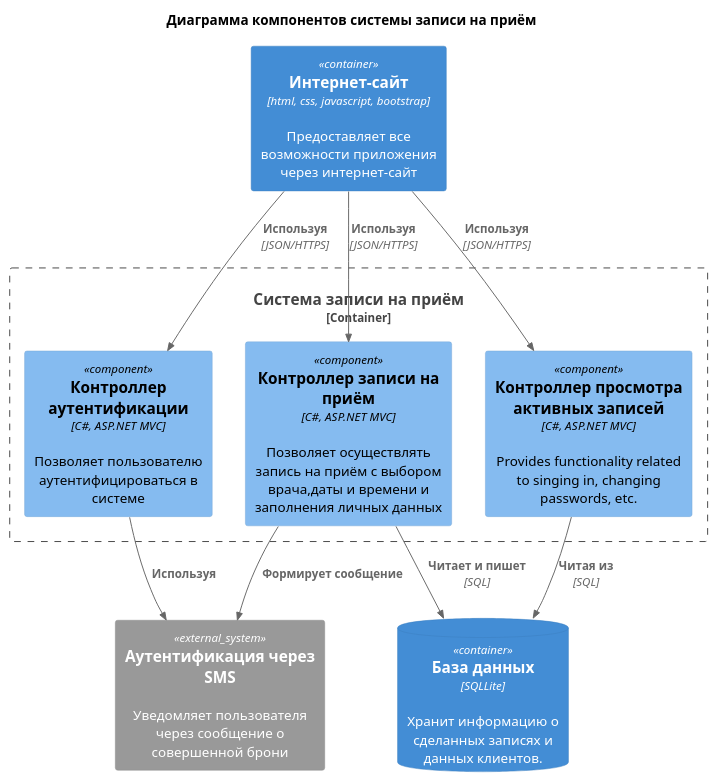
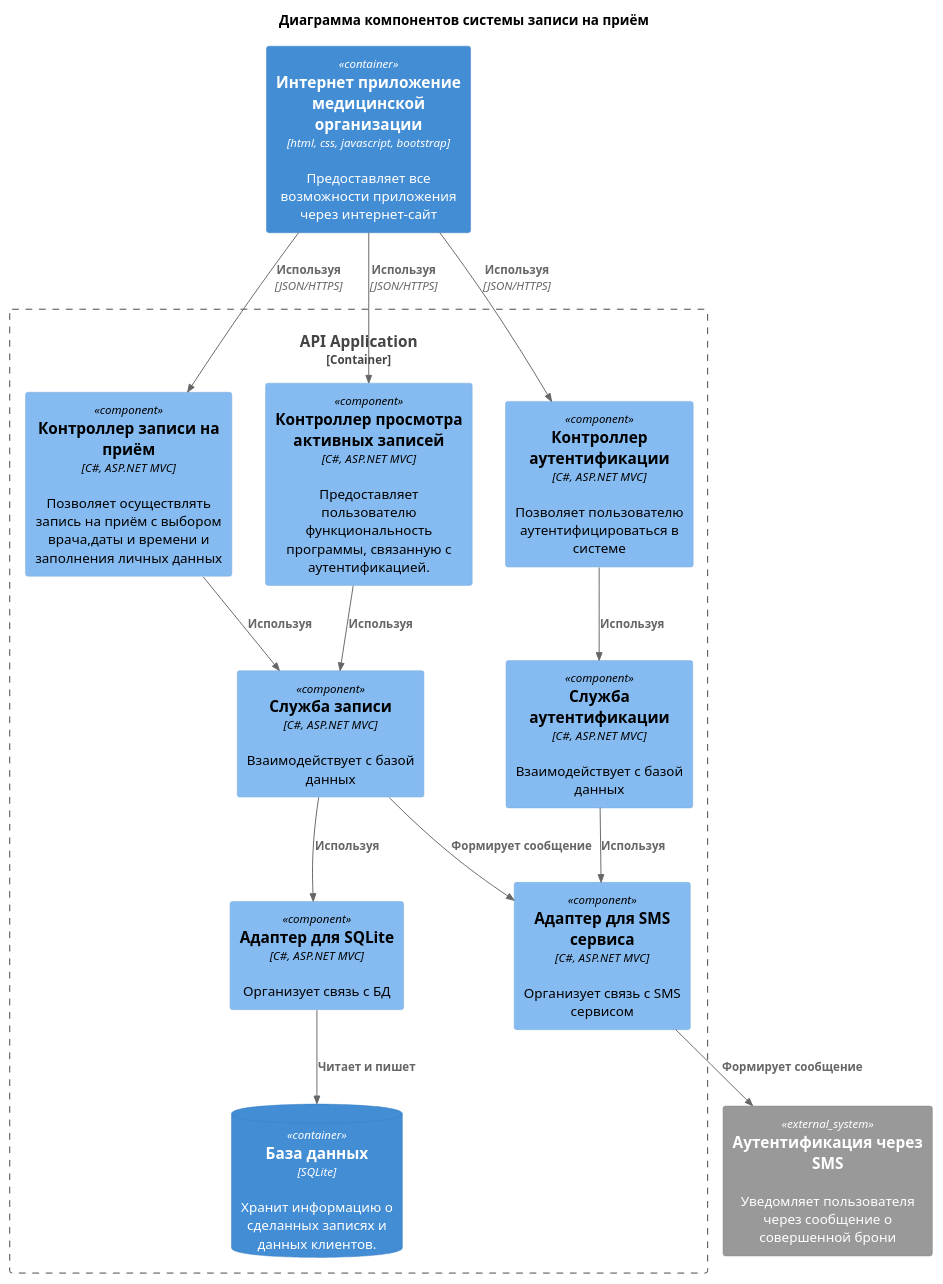
One commit to Vovkarik/CardioDom changed the diagram in docs/UML/ComponentDiagram.puml. Above: the diagram before and after it, drawn with PlantUML. The commit also changed 6 other files, not shown here.

```diff
--- a/docs/UML/ComponentDiagram.puml
+++ b/docs/UML/ComponentDiagram.puml
@@ -1,27 +1,35 @@
 @startuml
 !includeurl https://raw.githubusercontent.com/RicardoNiepel/C4-PlantUML/master/C4_Component.puml
 ' uncomment the following line and comment the first to use locally
 ' !include C4_Component.puml
 
 
 title Диаграмма компонентов системы записи на приём
 
-Container(site, "Интернет-сайт ", "html, css, javascript, bootstrap", "Предоставляет все возможности приложения через интернет-сайт")
-ContainerDb(db, "База данных", "SQLLite", "Хранит информацию о сделанных записях и данных клиентов.")
+Container(site, "Интернет приложение медицинской организации", "html, css, javascript, bootstrap", "Предоставляет все возможности приложения через интернет-сайт")
 System_Ext(SMS, "Аутентификация через SMS", "Уведомляет пользователя через сообщение о совершенной брони")
 
-Container_Boundary(appointment_sys, "Система записи на приём") {
+Container_Boundary(appointment_sys, "API Application") {
     Component(sign, "Контроллер аутентификации", "С#, ASP.NET MVC", "Позволяет пользователю аутентифицироваться в системе")
     Component(appointment, "Контроллер записи на приём", "С#, ASP.NET MVC", "Позволяет осуществлять запись на приём с выбором врача,даты и времени и заполнения личных данных")
-    Component(CRM, "Контроллер просмотра активных записей ", "С#, ASP.NET MVC", "Provides functionality related to singing in, changing passwords, etc.")
-    Rel(sign, SMS, "Используя")
-    Rel(appointment, db, "Читает и пишет", "SQL")
-    Rel(appointment, SMS, "Формирует сообщение")
+    Component(CRM, "Контроллер просмотра активных записей ", "С#, ASP.NET MVC", "Предоставляет пользователю функциональность программы, связанную с аутентификацией.")
+    Component(auth_daemon, "Служба аутентификации", "С#, ASP.NET MVC", "Взаимодействует с базой данных")
+    Component(appointment_daemon, "Служба записи", "С#, ASP.NET MVC", "Взаимодействует с базой данных")
+    Component(SMS_adapter, "Адаптер для SMS сервиса", "С#, ASP.NET MVC", "Организует связь с SMS сервисом")
+    Component(SQLite_adapter, "Адаптер для SQLite", "С#, ASP.NET MVC", "Организует связь с БД")
+    ContainerDb(db, "База данных", "SQLite", "Хранит информацию о сделанных записях и данных клиентов.")
+    Rel(auth_daemon, SMS_adapter, "Используя")
+    Rel(appointment_daemon, SQLite_adapter, "Используя")
+    Rel(appointment_daemon, SMS_adapter, "Формирует сообщение")
+    Rel(sign, auth_daemon, "Используя")
+    Rel(appointment, appointment_daemon, "Используя")
+    Rel(CRM, appointment_daemon, "Используя")   
+    Rel(SMS_adapter, SMS, "Формирует сообщение")
+    Rel(SQLite_adapter, db, "Читает и пишет")
 }
 
 Rel(site, sign, "Используя", "JSON/HTTPS")
 Rel(site, appointment, "Используя", "JSON/HTTPS")
 Rel(site, CRM, "Используя", "JSON/HTTPS")
-Rel(CRM, db, "Читая из", "SQL")
 
 @enduml
```
